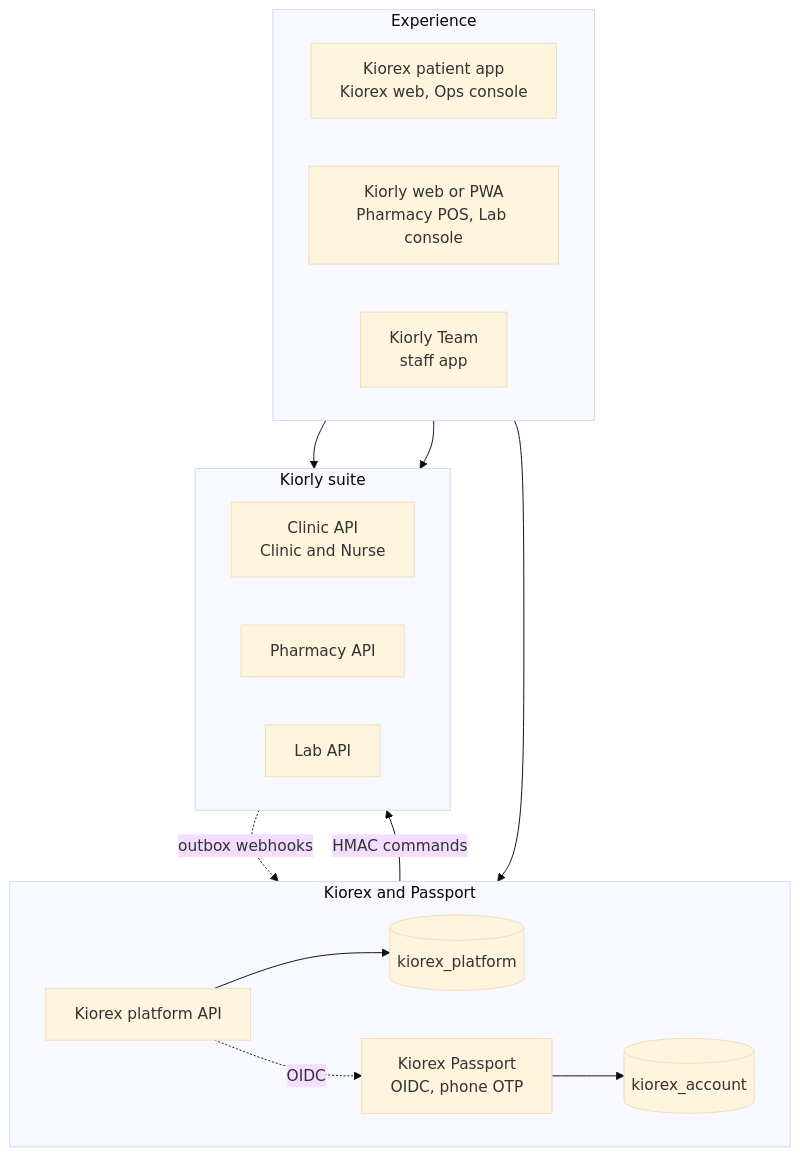
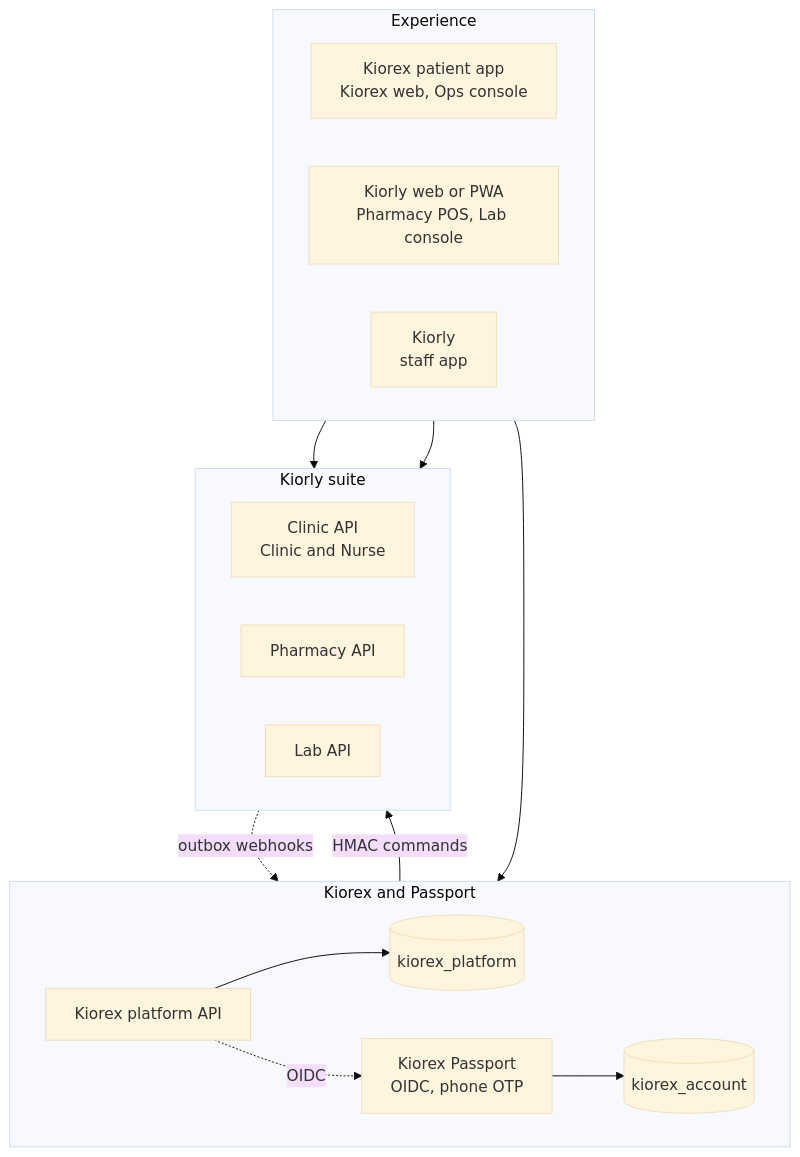
One commit to mshall/kiorex-workspace changed the second of 13 diagrams in _docs/rev23/KX-26_System_Architecture_Reference.md. Above: the diagram before and after it, drawn with Mermaid (base theme). The commit also changed other lines of this file and 33 other files, not shown here.

First line of the commit message:
docs: staff app is finally named Kiorly (ADR-037) and country selectors hidden for the Egypt-only launch

````diff
--- a/_docs/rev23/KX-26_System_Architecture_Reference.md
+++ b/_docs/rev23/KX-26_System_Architecture_Reference.md
@@ -63,30 +63,30 @@
 ```mermaid
 flowchart TB
   subgraph EXP["Experience"]
     direction LR
     E1["Kiorex patient app<br/>Kiorex web, Ops console"]
     E2["Kiorly web or PWA<br/>Pharmacy POS, Lab console"]
-    E3["Kiorly Team<br/>staff app"]
+    E3["Kiorly<br/>staff app"]
   end
   subgraph KX["Kiorex and Passport"]
     direction LR
     KAPI["Kiorex platform API"]
     KDB[("kiorex_platform")]
     IDP["Kiorex Passport<br/>OIDC, phone OTP"]
     IDB[("kiorex_account")]
   end
   subgraph KL["Kiorly suite"]
     direction LR
     CAPI["Clinic API<br/>Clinic and Nurse"]
     PAPI["Pharmacy API"]
     LAPI["Lab API"]
   end
   E1 --> KAPI
   E2 --> KL
   E3 --> KL
   KAPI --> KDB
   IDP --> IDB
   KAPI -->|"HMAC commands"| KL
   KL -.->|"outbox webhooks"| KAPI
   KAPI -.->|"OIDC"| IDP
 ```
````
